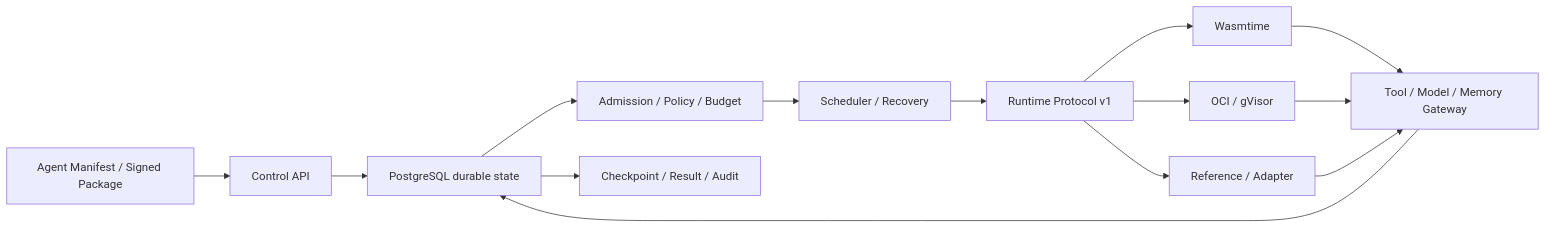
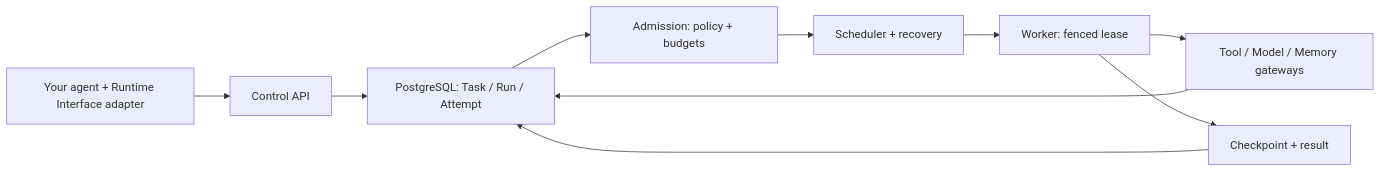
The diagram in README.md (CloudEdgeCore/AgentOS), drawn with Mermaid before and after one commit. The commit also changed other lines of this file and 3 other files, not shown here.

````diff
--- a/README.md
+++ b/README.md
@@ -16,16 +95,12 @@
 ```mermaid
 flowchart LR
-    A["Agent Manifest / Signed Package"] --> B["Control API"]
-    B --> C["PostgreSQL durable state"]
-    C --> D["Admission / Policy / Budget"]
-    D --> E["Scheduler / Recovery"]
-    E --> F["Runtime Protocol v1"]
-    F --> G["Wasmtime"]
-    F --> H["OCI / gVisor"]
-    F --> I["Reference / Adapter"]
-    G --> J["Tool / Model / Memory Gateway"]
-    H --> J
-    I --> J
-    J --> C
-    C --> K["Checkpoint / Result / Audit"]
+    A["Your agent + Runtime Interface adapter"] --> B["Control API"]
+    B --> C["PostgreSQL: Task / Run / Attempt"]
+    C --> D["Admission: policy + budgets"]
+    D --> E["Scheduler + recovery"]
+    E --> F["Worker: fenced lease"]
+    F --> G["Tool / Model / Memory gateways"]
+    G --> C
+    F --> H["Checkpoint + result"]
+    H --> C
 ```
````
